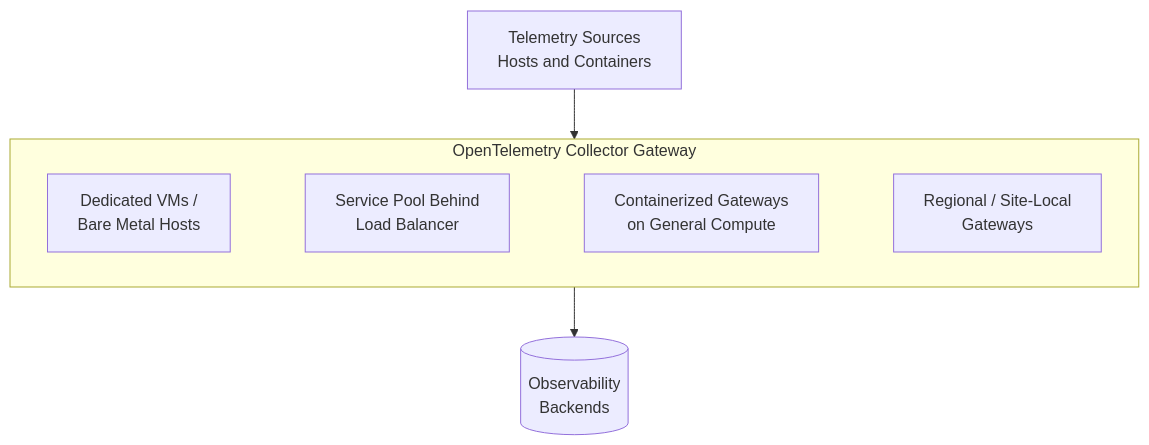
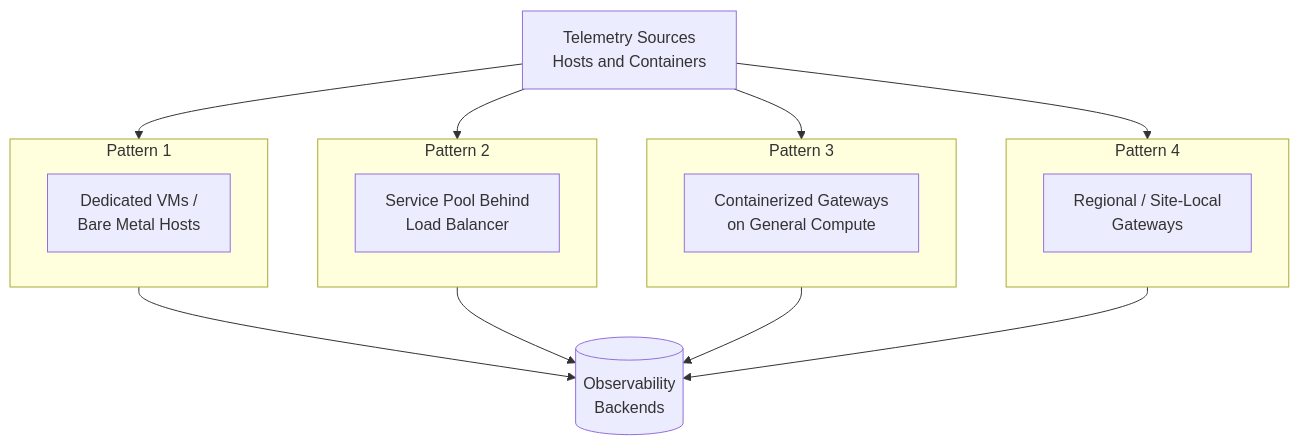
Before and after one commit to open-telemetry/opentelemetry.io: the first of 3 diagrams in content/en/docs/guidance/blueprints/instrumenting-applications-and-processes-on-nonk8s-environments.md, drawn with Mermaid. The commit also changed other lines of this file, not shown here.

Commit message:
Address review feedback: split paragraphs, add links, refine diagram

````diff
--- a/content/en/docs/guidance/blueprints/instrumenting-applications-and-processes-on-nonk8s-environments.md
+++ b/content/en/docs/guidance/blueprints/instrumenting-applications-and-processes-on-nonk8s-environments.md
@@ -187,18 +203,26 @@
 ```mermaid
-flowchart TB
+flowchart TD
     S[Telemetry Sources<br/>Hosts and Containers]
+    B[(Observability<br/>Backends)]
 
-    subgraph G["OpenTelemetry&nbsp;Collector&nbsp;Gateway"]
-        direction LR
+    subgraph G1["Pattern&nbsp;1"]
         P1[Dedicated VMs /<br/>Bare Metal Hosts]
-        P2[Service Pool Behind<br/>Load Balancer]
-        P3[Containerized Gateways<br/>on General Compute]
-        P4[Regional / Site-Local<br/>Gateways]
-        P1 ~~~ P2 ~~~ P3 ~~~ P4
     end
 
-    B[(Observability<br/>Backends)]
+    subgraph G2["Pattern&nbsp;2"]
+        P2[Service Pool Behind<br/>Load Balancer]
+    end
 
-    S --> G
-    G --> B
+    subgraph G3["Pattern&nbsp;3"]
+        P3[Containerized Gateways<br/>on General Compute]
+    end
+
+    subgraph G4["Pattern&nbsp;4"]
+        P4[Regional / Site-Local<br/>Gateways]
+    end
+
+    S --> G1 --> B
+    S --> G2 --> B
+    S --> G3 --> B
+    S --> G4 --> B
 ```
````
